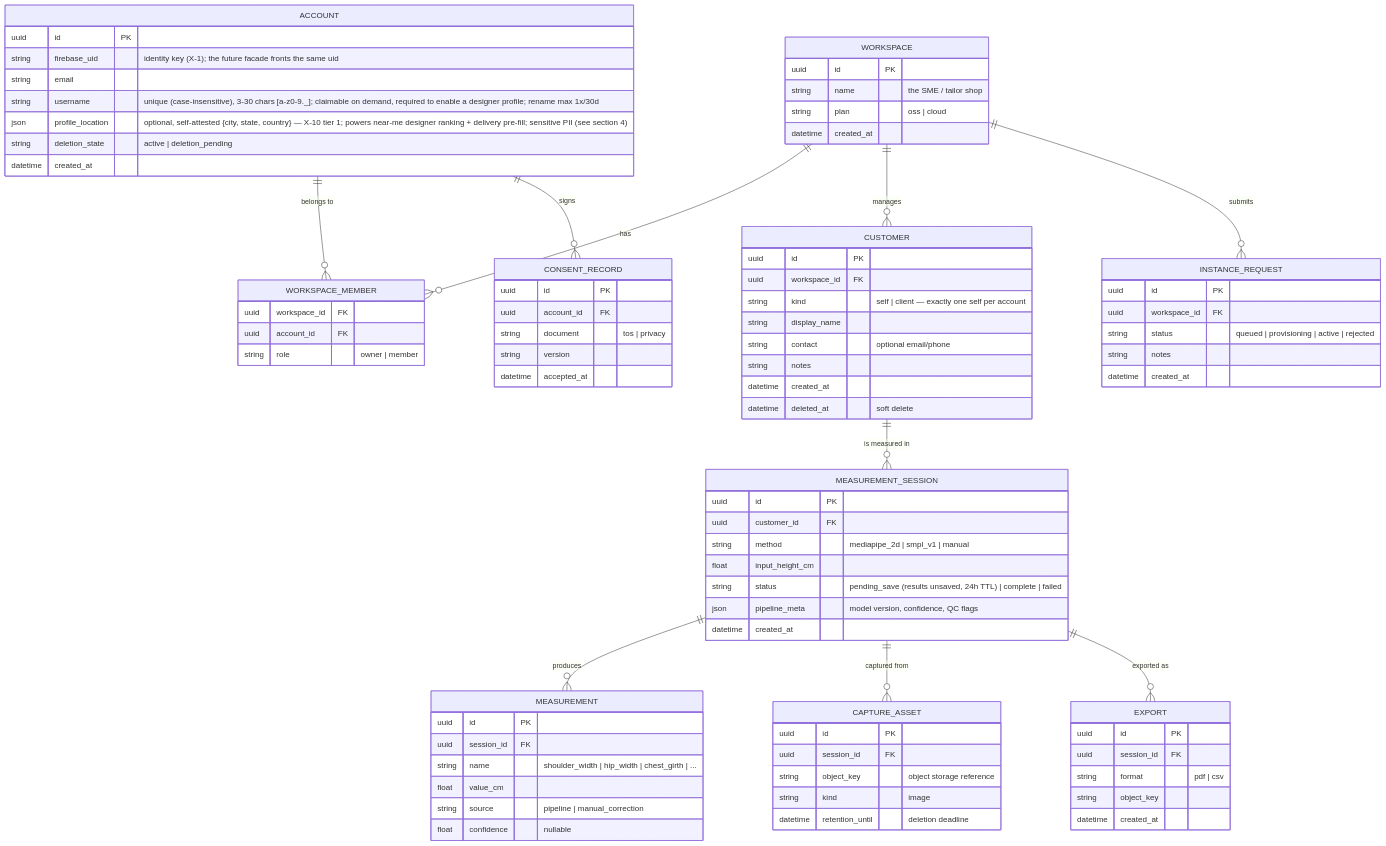
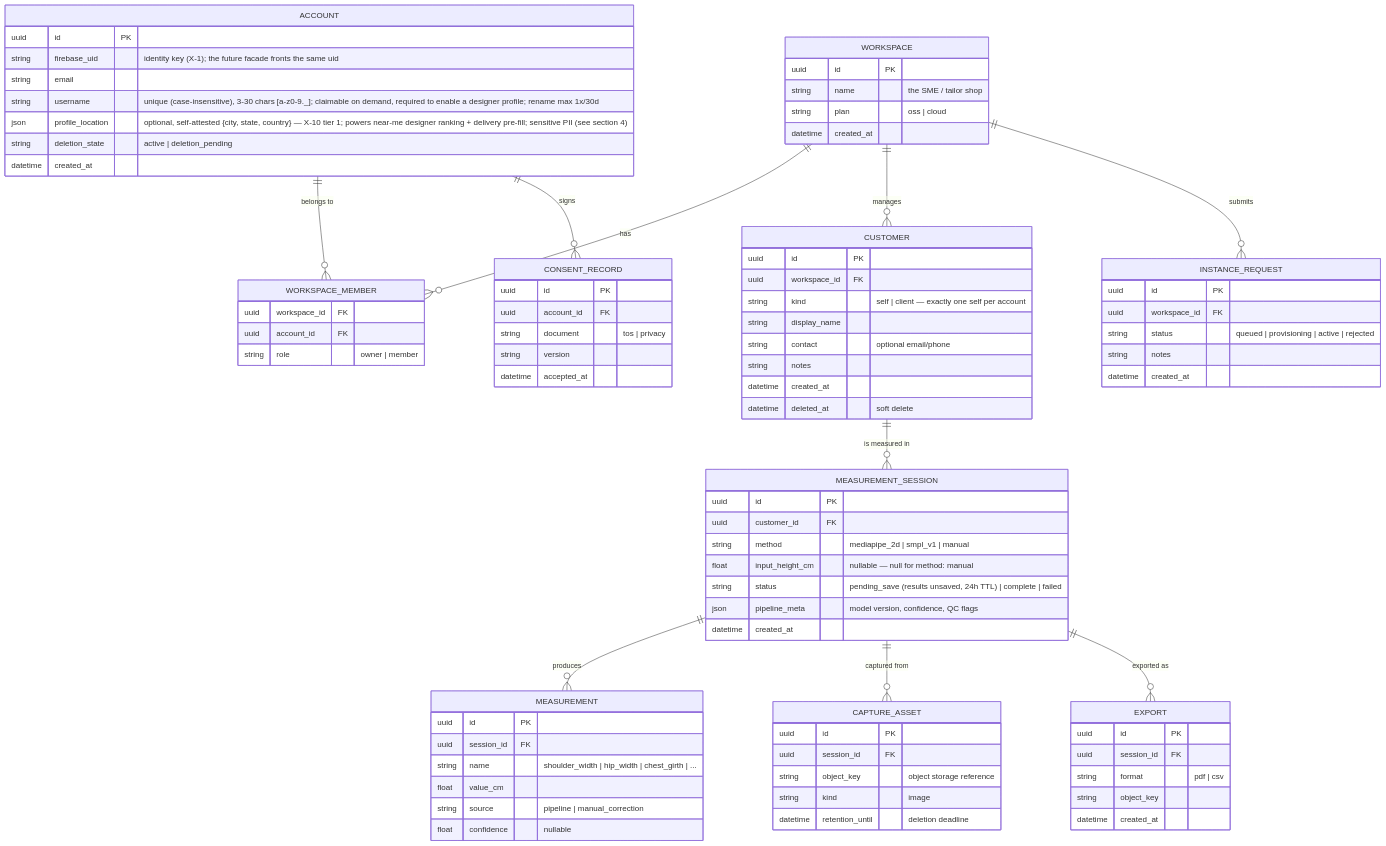
The first of 3 diagrams in docs/data-model.md (cuesoftinc/apparule), drawn with Mermaid before and after one commit. The commit also changed other lines of this file and 10 other files, not shown here.

```diff
--- a/docs/data-model.md
+++ b/docs/data-model.md
@@ -69,7 +69,7 @@
         uuid id PK
         uuid customer_id FK
         string method "mediapipe_2d | smpl_v1 | manual"
-        float input_height_cm
+        float input_height_cm "nullable — null for method: manual"
         string status "pending_save (results unsaved, 24h TTL) | complete | failed"
         json pipeline_meta "model version, confidence, QC flags"
         datetime created_at
```
